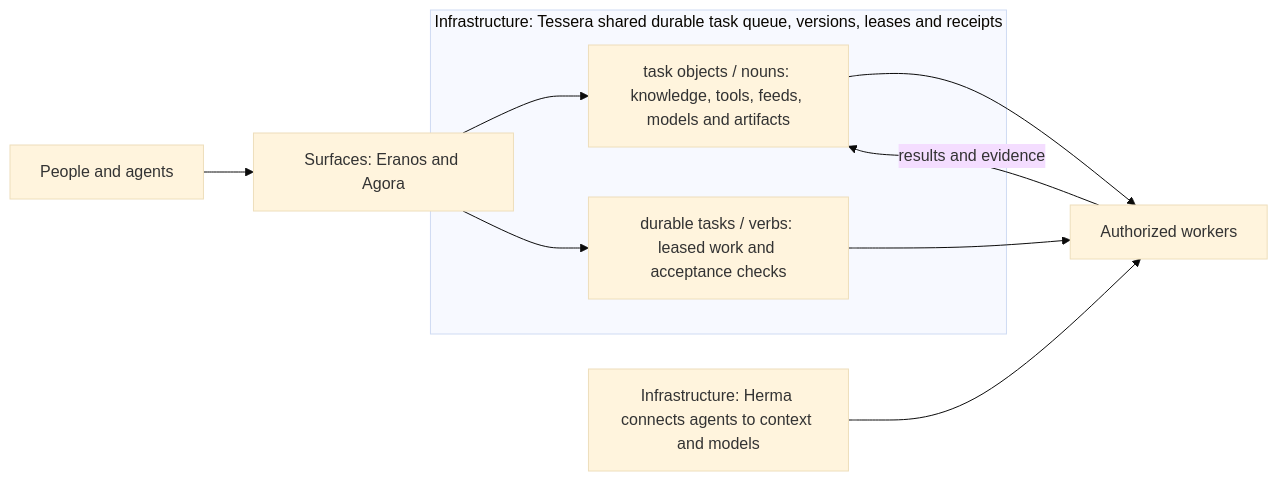
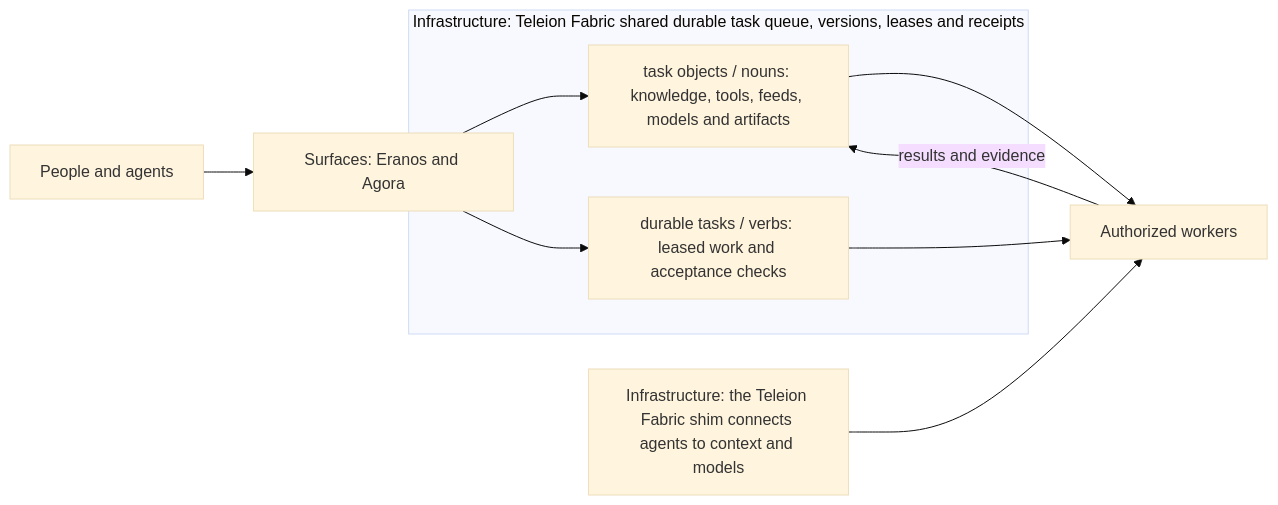
Before and after one commit to ta-amps/agora-public-overview-architecture-setup-and-contribution: the diagram in README.md, drawn with Mermaid (base theme). The commit also changed other lines of this file and 16 other files, not shown here.

Commit message:
README and docs say Teleion Fabric in prose; See it, Limits and agent snippet

````diff
--- a/README.md
+++ b/README.md
@@ -145,14 +171,14 @@
 ```mermaid
 flowchart LR
     A[People and agents] --> P[Surfaces: Eranos and Agora]
-    subgraph T[Infrastructure: Tessera shared durable task queue, versions, leases and receipts]
+    subgraph T[Infrastructure: Teleion Fabric shared durable task queue, versions, leases and receipts]
       N[task objects / nouns: knowledge, tools, feeds, models and artifacts]
       V[durable tasks / verbs: leased work and acceptance checks]
     end
     P --> N
     P --> V
     N --> W[Authorized workers]
     V --> W
-    H[Infrastructure: Herma connects agents to context and models] --> W
+    H[Infrastructure: the Teleion Fabric shim connects agents to context and models] --> W
     W -->|results and evidence| N
 ```
````
